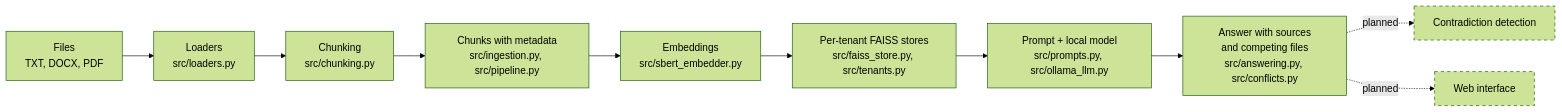
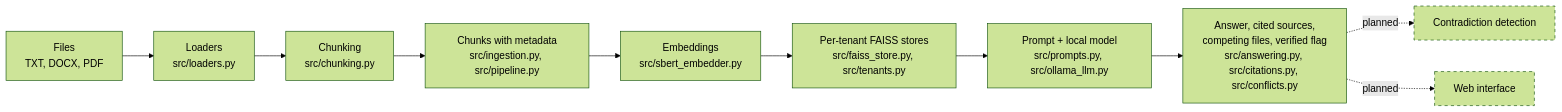
The diagram in README.md (Laiba-Qayyum/policylens), drawn with Mermaid (forest theme) before and after one commit. The commit also changed other lines of this file and 1 other file, not shown here.

Commit message:
docs: update README and PROBLEMS for citations and dates

````diff
--- a/README.md
+++ b/README.md
@@ -97,14 +104,14 @@
 ```mermaid
 flowchart LR
     A["Files<br/>TXT, DOCX, PDF"] --> B["Loaders<br/>src/loaders.py"]
     B --> C["Chunking<br/>src/chunking.py"]
     C --> D["Chunks with metadata<br/>src/ingestion.py, src/pipeline.py"]
     D --> E["Embeddings<br/>src/sbert_embedder.py"]
     E --> F["Per-tenant FAISS stores<br/>src/faiss_store.py, src/tenants.py"]
     F --> G["Prompt + local model<br/>src/prompts.py, src/ollama_llm.py"]
-    G --> H["Answer with sources<br/>and competing files<br/>src/answering.py, src/conflicts.py"]
+    G --> H["Answer, cited sources,<br/>competing files, verified flag<br/>src/answering.py, src/citations.py, src/conflicts.py"]
     H -.->|planned| I["Contradiction detection"]
     H -.->|planned| J["Web interface"]
     classDef planned stroke-dasharray: 5 5
     class I,J planned
 ```
````
